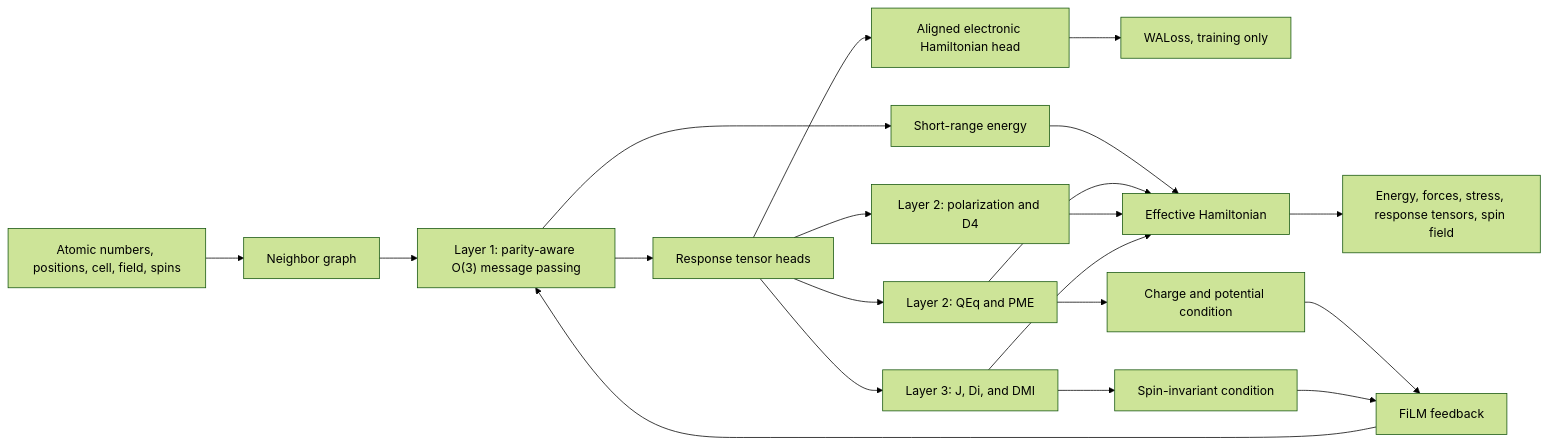
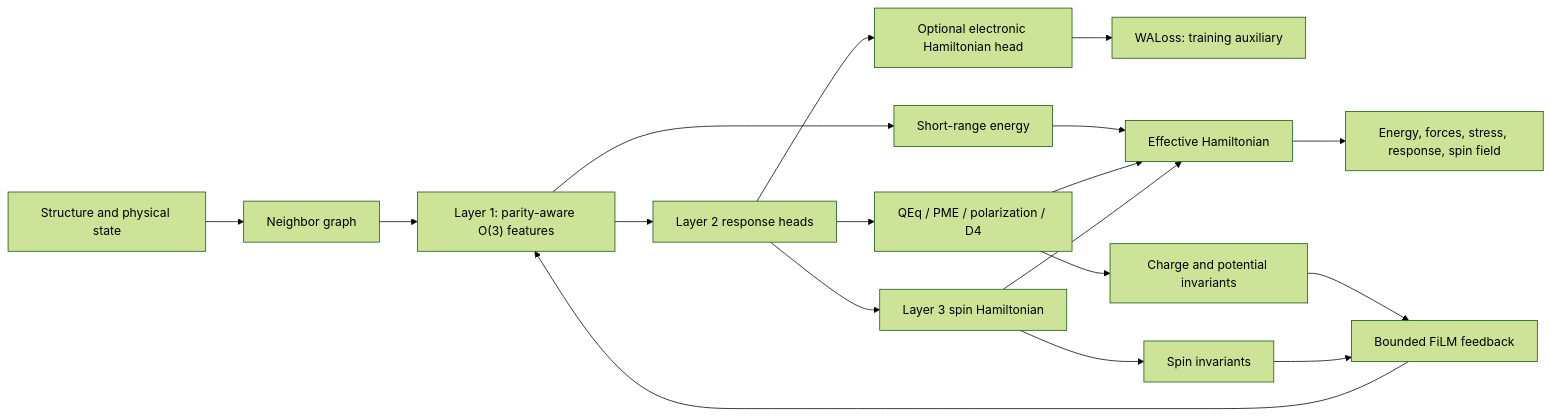
Before and after one commit to FonaTech/E3-miu-GNN: the diagram in README.md, drawn with Mermaid (forest theme). The commit also changed other lines of this file, not shown here.

````diff
--- a/README.md
+++ b/README.md
@@ -156,22 +68,20 @@
 ```mermaid
 flowchart LR
-    A[Atomic numbers, positions, cell, field, spins] --> G[Neighbor graph]
-    G --> L1["Layer 1: parity-aware O(3) message passing"]
+    A[Structure and physical state] --> G[Neighbor graph]
+    G --> L1["Layer 1: parity-aware O(3) features"]
     L1 --> PES[Short-range energy]
-    L1 --> R[Response tensor heads]
-    R --> W[Aligned electronic Hamiltonian head]
-    W --> WA[WALoss, training only]
-    R --> Q[Layer 2: QEq and PME]
-    R --> P[Layer 2: polarization and D4]
-    R --> S[Layer 3: J, Di, and DMI]
-    Q --> C[Charge and potential condition]
-    S --> C2[Spin-invariant condition]
-    C --> F[FiLM feedback]
+    L1 --> R["Layer 2 response heads"]
+    R --> Q["QEq / PME / polarization / D4"]
+    R --> S["Layer 3 spin Hamiltonian"]
+    R --> W["Optional electronic Hamiltonian head"]
+    W --> WA["WALoss: training auxiliary"]
+    Q --> C[Charge and potential invariants]
+    S --> C2[Spin invariants]
+    C --> F[Bounded FiLM feedback]
     C2 --> F
     F --> L1
     PES --> H[Effective Hamiltonian]
     Q --> H
-    P --> H
     S --> H
-    H --> O[Energy, forces, stress, response tensors, spin field]
+    H --> O[Energy, forces, stress, response, spin field]
 ```
````
